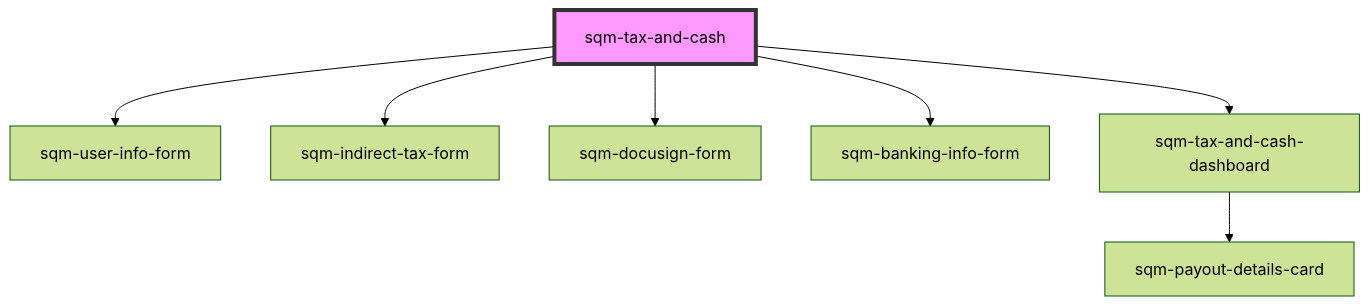
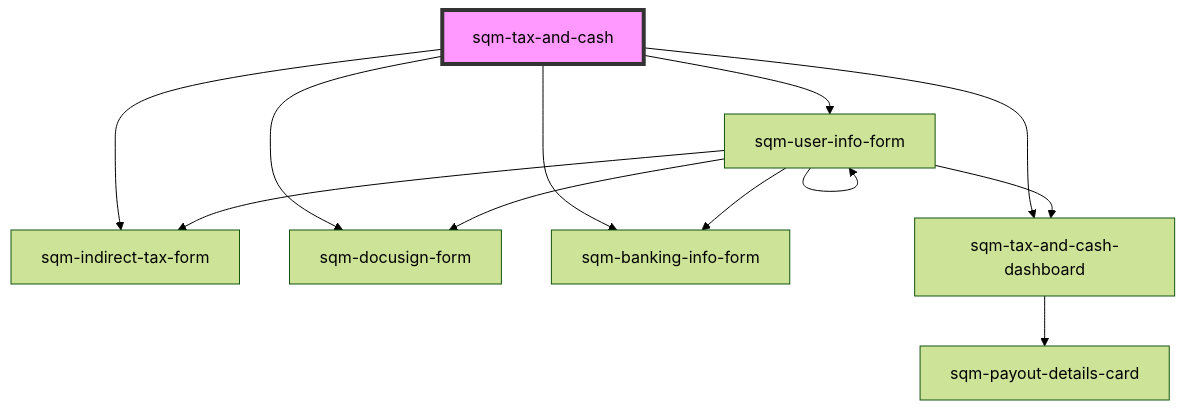
One commit to saasquatch/program-tools changed the diagram in packages/mint-components/src/components/tax-and-cash/sqm-tax-and-cash/readme.md. Above: the diagram before and after it, drawn with Mermaid (forest theme). The commit also changed other lines of this file and 11 other files, not shown here.

````diff
--- a/packages/mint-components/src/components/tax-and-cash/sqm-tax-and-cash/readme.md
+++ b/packages/mint-components/src/components/tax-and-cash/sqm-tax-and-cash/readme.md
@@ -173,10 +147,15 @@
 ```mermaid
 graph TD;
   sqm-tax-and-cash --> sqm-user-info-form
   sqm-tax-and-cash --> sqm-indirect-tax-form
   sqm-tax-and-cash --> sqm-docusign-form
   sqm-tax-and-cash --> sqm-banking-info-form
   sqm-tax-and-cash --> sqm-tax-and-cash-dashboard
+  sqm-user-info-form --> sqm-user-info-form
+  sqm-user-info-form --> sqm-indirect-tax-form
+  sqm-user-info-form --> sqm-docusign-form
+  sqm-user-info-form --> sqm-banking-info-form
+  sqm-user-info-form --> sqm-tax-and-cash-dashboard
   sqm-tax-and-cash-dashboard --> sqm-payout-details-card
   style sqm-tax-and-cash fill:#f9f,stroke:#333,stroke-width:4px
 ```
````
